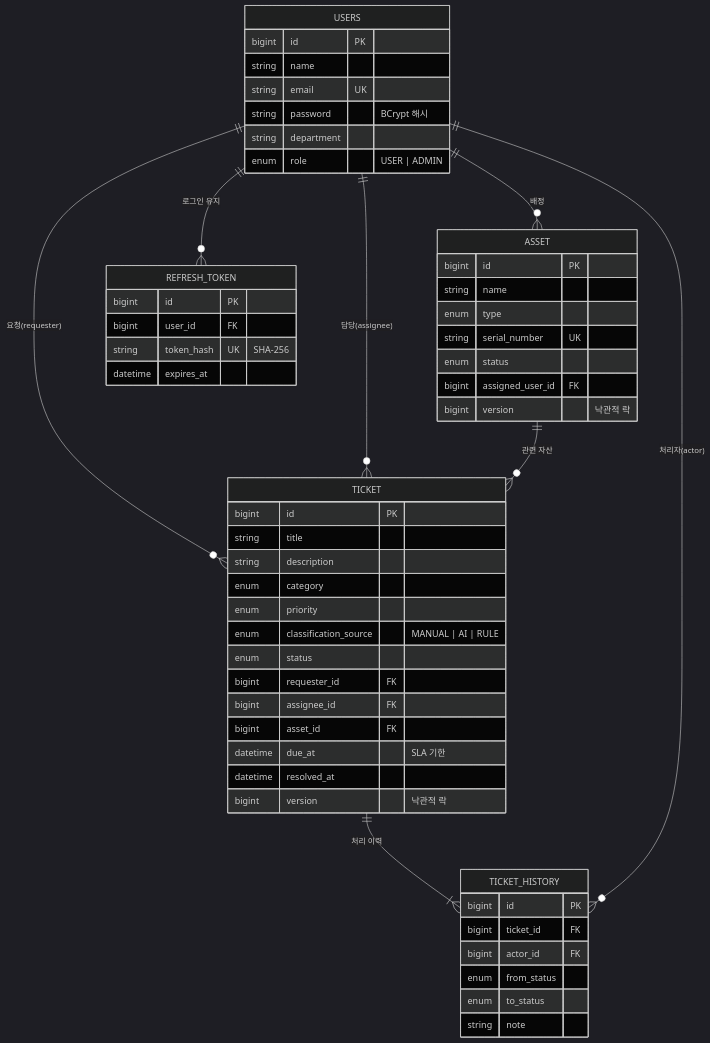
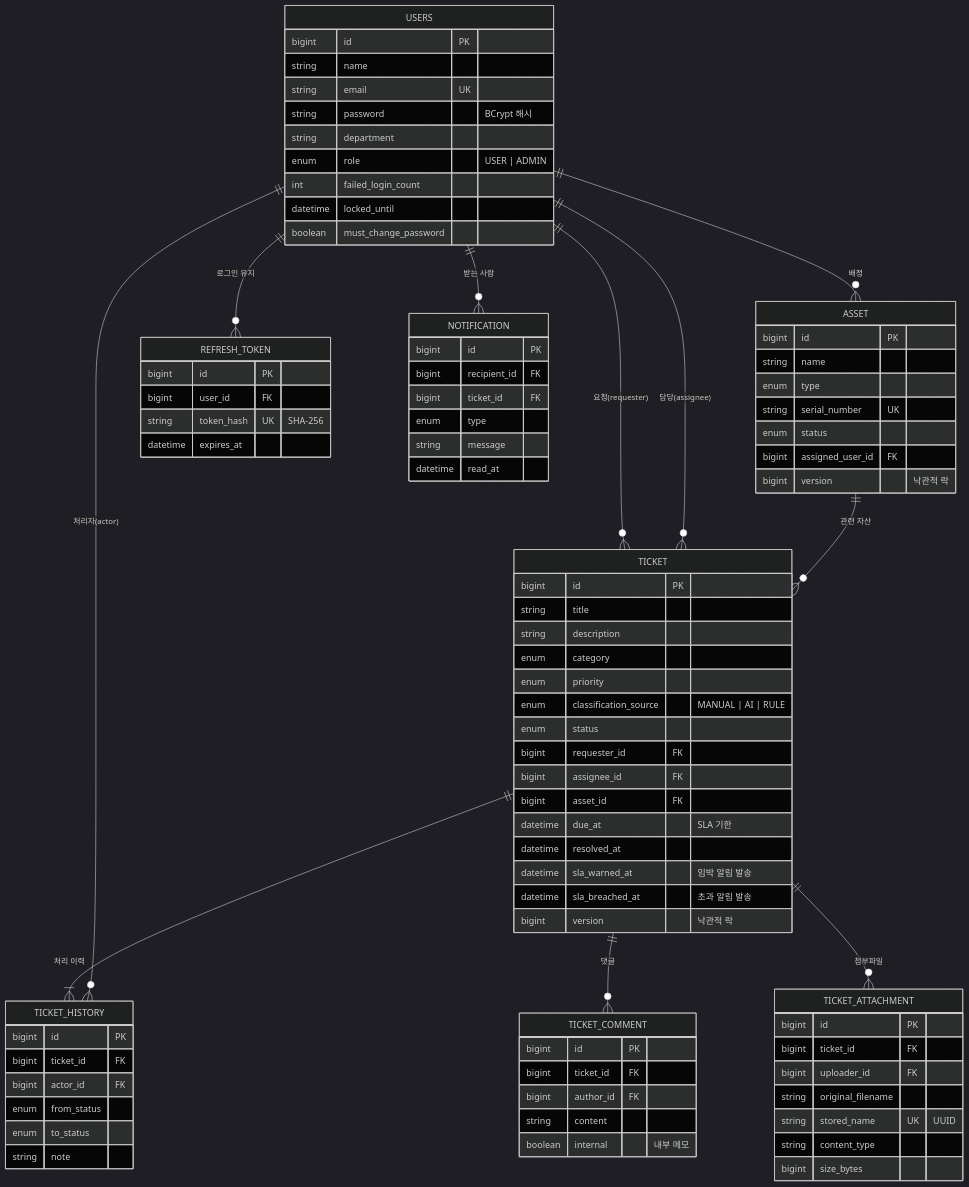
Before and after one commit to hiiiia/toy-pj-be: the second of 3 diagrams in README.md, drawn with Mermaid (dark theme). The commit also changed other lines of this file, not shown here.

````diff
--- a/README.md
+++ b/README.md
@@ -122,47 +158,73 @@
 ```mermaid
 erDiagram
     USERS ||--o{ ASSET : "배정"
     USERS ||--o{ TICKET : "요청(requester)"
     USERS ||--o{ TICKET : "담당(assignee)"
     ASSET ||--o{ TICKET : "관련 자산"
     TICKET ||--|{ TICKET_HISTORY : "처리 이력"
     USERS ||--o{ TICKET_HISTORY : "처리자(actor)"
     USERS ||--o{ REFRESH_TOKEN : "로그인 유지"
+    TICKET ||--o{ TICKET_COMMENT : "댓글"
+    TICKET ||--o{ TICKET_ATTACHMENT : "첨부파일"
+    USERS ||--o{ NOTIFICATION : "받는 사람"
 
     USERS { bigint id PK
             string name
             string email UK
             string password "BCrypt 해시"
             string department
-            enum role "USER | ADMIN" }
+            enum role "USER | ADMIN"
+            int failed_login_count
+            datetime locked_until
+            boolean must_change_password }
     ASSET { bigint id PK
             string name
             enum type
             string serial_number UK
             enum status
             bigint assigned_user_id FK
             bigint version "낙관적 락" }
     TICKET { bigint id PK
              string title
              string description
              enum category
              enum priority
              enum classification_source "MANUAL | AI | RULE"
              enum status
              bigint requester_id FK
              bigint assignee_id FK
              bigint asset_id FK
              datetime due_at "SLA 기한"
              datetime resolved_at
+             datetime sla_warned_at "임박 알림 발송"
+             datetime sla_breached_at "초과 알림 발송"
              bigint version "낙관적 락" }
     TICKET_HISTORY { bigint id PK
                      bigint ticket_id FK
                      bigint actor_id FK
                      enum from_status
                      enum to_status
                      string note }
     REFRESH_TOKEN { bigint id PK
                     bigint user_id FK
                     string token_hash UK "SHA-256"
                     datetime expires_at }
+    TICKET_COMMENT { bigint id PK
+                     bigint ticket_id FK
+                     bigint author_id FK
+                     string content
+                     boolean internal "내부 메모" }
+    TICKET_ATTACHMENT { bigint id PK
+                        bigint ticket_id FK
+                        bigint uploader_id FK
+                        string original_filename
+                        string stored_name UK "UUID"
+                        string content_type
+                        bigint size_bytes }
+    NOTIFICATION { bigint id PK
+                   bigint recipient_id FK
+                   bigint ticket_id FK
+                   enum type
+                   string message
+                   datetime read_at }
 ```
````
